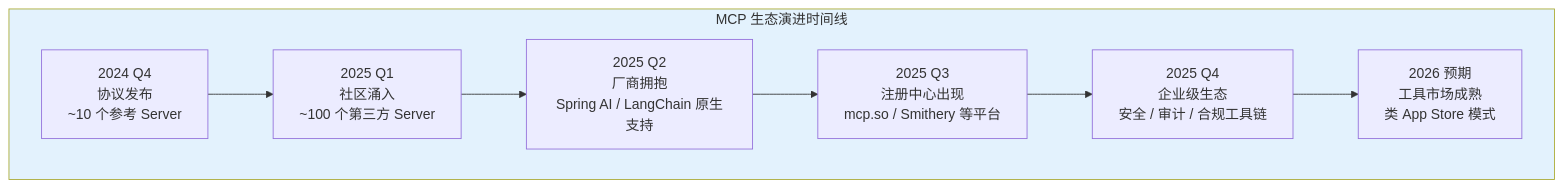
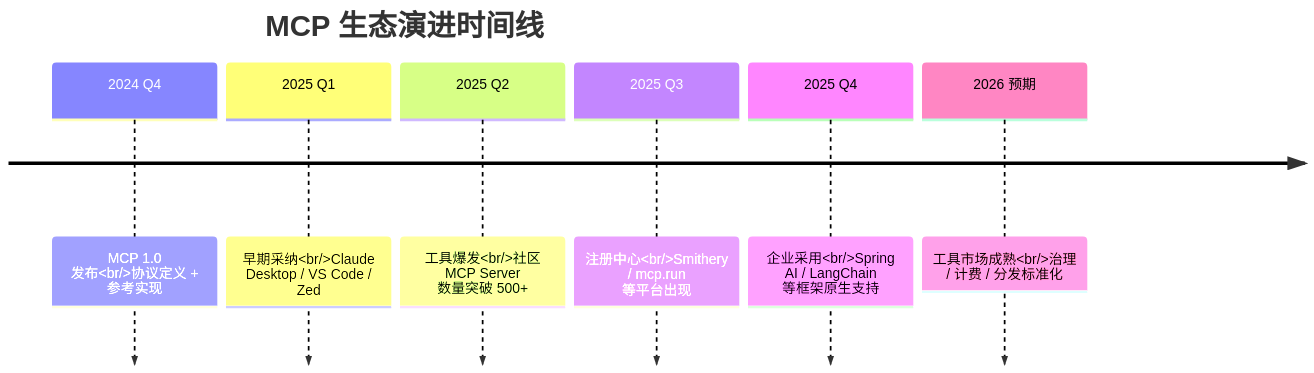
One commit to UranusGit/java-agent-learn changed the second of 21 diagrams in docs/前沿/04-MCP生态全景.md. Above: the diagram before and after it, drawn with Mermaid. The commit also changed other lines of this file and 4 other files, not shown here.

````diff
--- a/docs/前沿/04-MCP生态全景.md
+++ b/docs/前沿/04-MCP生态全景.md
@@ -15,15 +34,10 @@
 ```mermaid
-graph TB
-    subgraph 生态演进["MCP 生态演进时间线"]
-        T1["2024 Q4<br/>协议发布<br/>~10 个参考 Server"]
-        T2["2025 Q1<br/>社区涌入<br/>~100 个第三方 Server"]
-        T3["2025 Q2<br/>厂商拥抱<br/>Spring AI / LangChain 原生支持"]
-        T4["2025 Q3<br/>注册中心出现<br/>mcp.so / Smithery 等平台"]
-        T5["2025 Q4<br/>企业级生态<br/>安全 / 审计 / 合规工具链"]
-        T6["2026 预期<br/>工具市场成熟<br/>类 App Store 模式"]
-    end
-
-    T1 --> T2 --> T3 --> T4 --> T5 --> T6
-
-    style 生态演进 fill:#e3f2fd
+timeline
+    title MCP 生态演进时间线
+    2024 Q4 : MCP 1.0 发布<br/>协议定义 + 参考实现
+    2025 Q1 : 早期采纳<br/>Claude Desktop / VS Code / Zed
+    2025 Q2 : 工具爆发<br/>社区 MCP Server 数量突破 500+
+    2025 Q3 : 注册中心<br/>Smithery / mcp.run 等平台出现
+    2025 Q4 : 企业采用<br/>Spring AI / LangChain 等框架原生支持
+    2026 预期 : 工具市场成熟<br/>治理 / 计费 / 分发标准化
 ```
````
